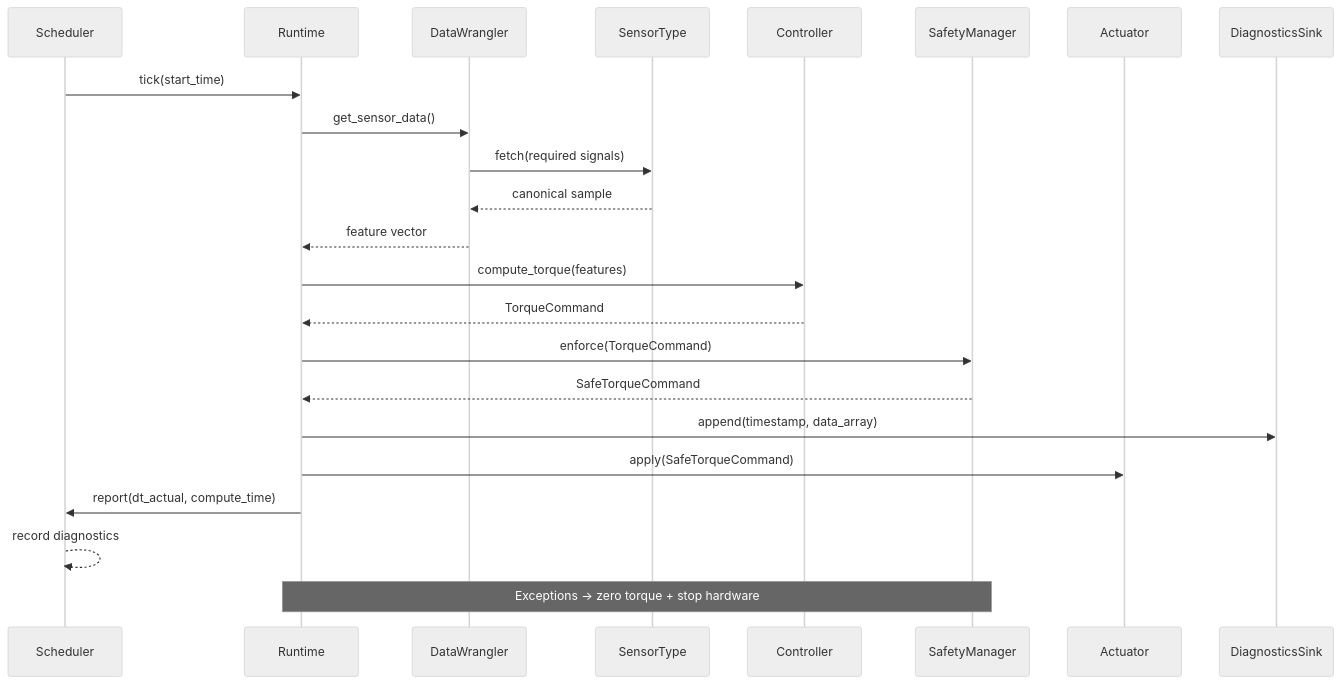
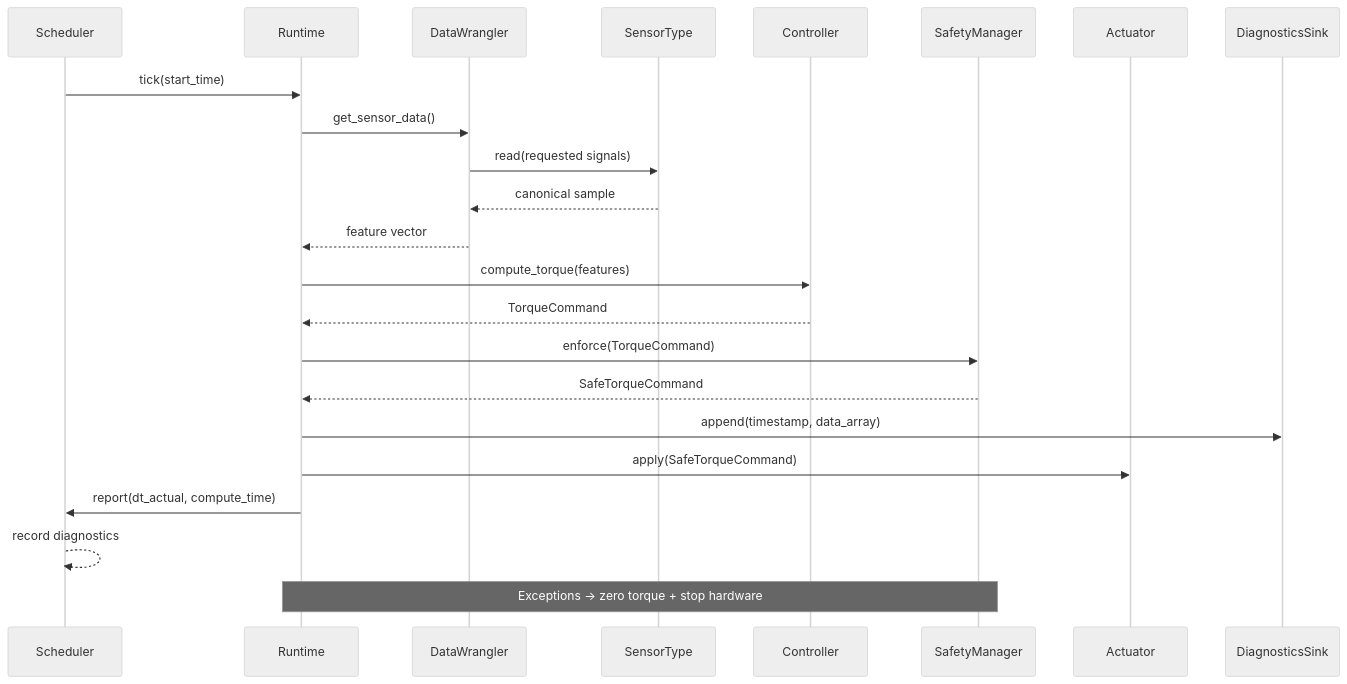
Before and after one commit to jmontp/raspberry-pi-controller-runtime: the fifth of 7 diagrams in docs/architecture.md, drawn with Mermaid (neutral theme). The commit also changed other lines of this file, not shown here.

Commit message:
Document sensor-owned derivations and BaseSensor read flow

````diff
--- a/docs/architecture.md
+++ b/docs/architecture.md
@@ -286,26 +309,26 @@
 ```mermaid
 sequenceDiagram
     participant Scheduler
     participant Runtime
     participant Wrangler as DataWrangler
     participant SensorType
     participant Controller
     participant Safety as SafetyManager
     participant Actuator
     participant Diagnostics as DiagnosticsSink
     
     Scheduler->>Runtime: tick(start_time)
     Runtime->>Wrangler: get_sensor_data()
-    Wrangler->>SensorType: fetch(required signals)
+    Wrangler->>SensorType: read(requested signals)
     SensorType-->>Wrangler: canonical sample
     Wrangler-->>Runtime: feature vector
     Runtime->>Controller: compute_torque(features)
     Controller-->>Runtime: TorqueCommand
     Runtime->>Safety: enforce(TorqueCommand)
     Safety-->>Runtime: SafeTorqueCommand
     Runtime->>Diagnostics: append(timestamp, data_array)
    Runtime->>Actuator: apply(SafeTorqueCommand)
    Runtime->>Scheduler: report(dt_actual, compute_time)
    Scheduler-->>Scheduler: record diagnostics
     Note over Runtime,Safety: Exceptions -> zero torque + stop hardware
 ```
````
